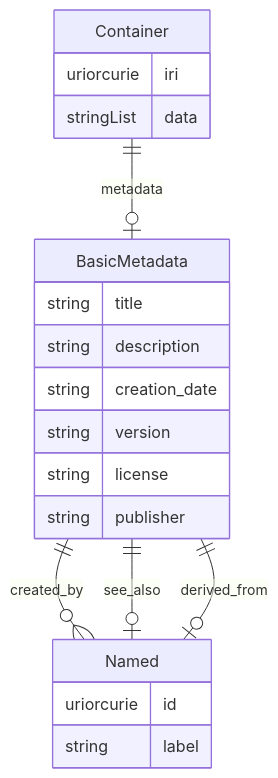
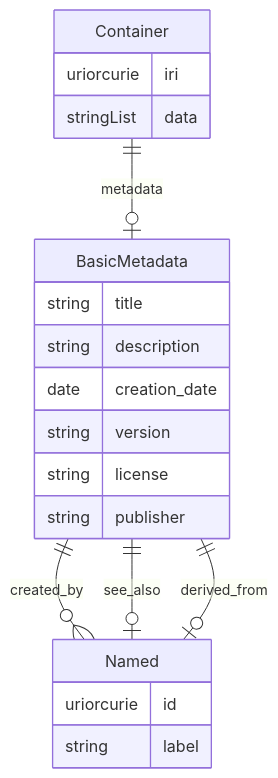
Before and after one commit to hubmapconsortium/hra-do-processor: the third of 20 diagrams in er-diagrams.md, drawn with Mermaid. The commit also changed other lines of this file and 82 other files, not shown here.

````diff
--- a/er-diagrams.md
+++ b/er-diagrams.md
@@ -195,25 +195,25 @@
 ```mermaid
 erDiagram
 Container {
     uriorcurie iri  
     stringList data  
 }
 BasicMetadata {
     string title  
     string description  
-    string creation_date  
+    date creation_date  
     string version  
     string license  
     string publisher  
 }
 Named {
     uriorcurie id  
     string label  
 }
 
 Container ||--|o BasicMetadata : "metadata"
 BasicMetadata ||--}o Named : "created_by"
 BasicMetadata ||--|o Named : "see_also"
 BasicMetadata ||--|o Named : "derived_from"
 
 ```
````
